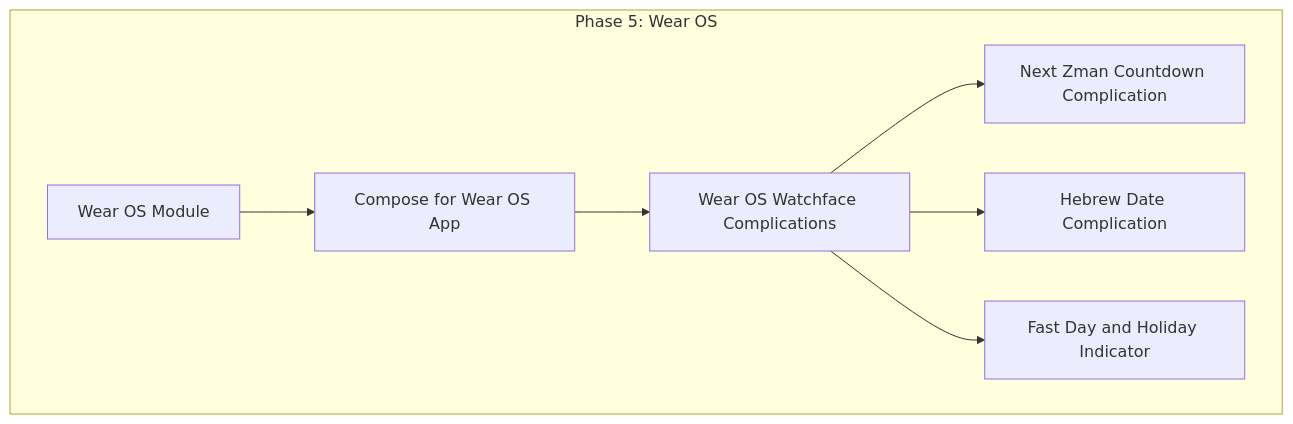
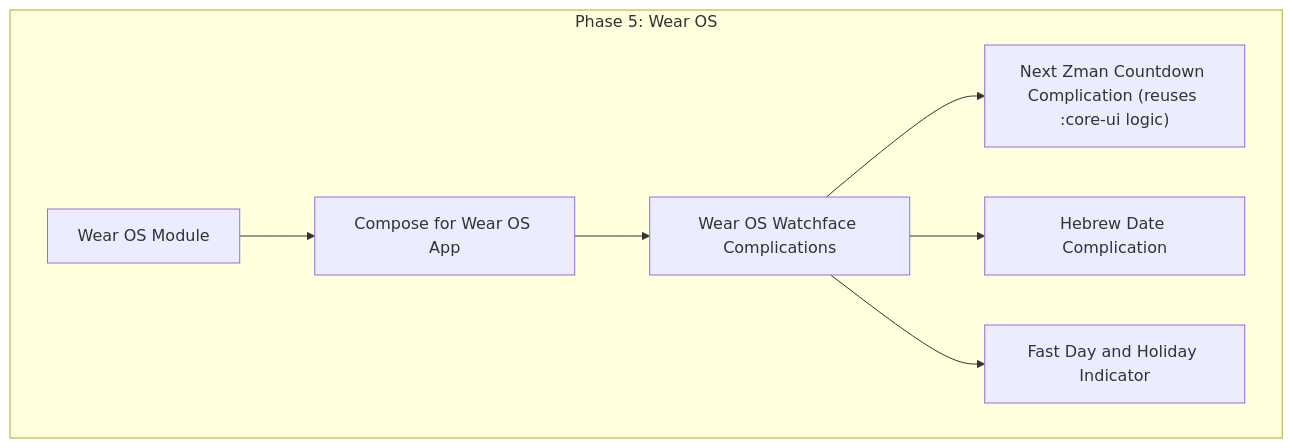
One commit to jgindin/zmanim changed the seventh of 8 diagrams in docs/superpowers/specs/master-roadmap.md. Above: the diagram before and after it, drawn with Mermaid. The commit also changed other lines of this file and 2 other files, not shown here.

````diff
--- a/docs/superpowers/specs/master-roadmap.md
+++ b/docs/superpowers/specs/master-roadmap.md
@@ -236,10 +298,10 @@
 ```mermaid
 flowchart TD
     subgraph Wear_OS ["Phase 5: Wear OS"]
         W1["Wear OS Module"] --> W2["Compose for Wear OS App"]
         W2 --> W3["Wear OS Watchface Complications"]
-        W3 --> W4["Next Zman Countdown Complication"]
+        W3 --> W4["Next Zman Countdown Complication (reuses :core-ui logic)"]
         W3 --> W5["Hebrew Date Complication"]
         W3 --> W6["Fast Day and Holiday Indicator"]
     end
 ```
````
